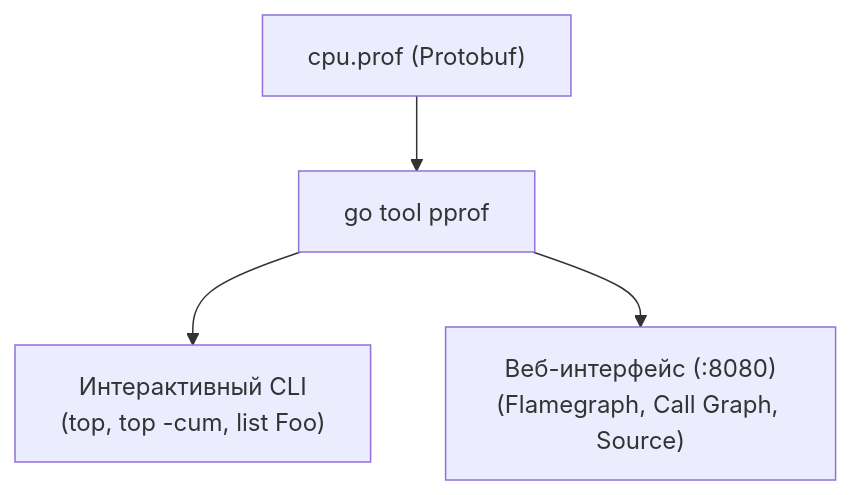
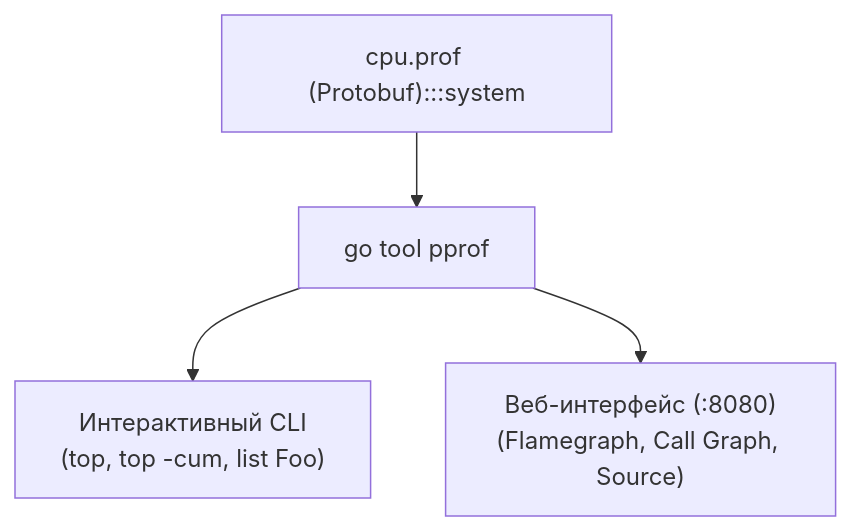
The fourth of 5 diagrams in sources/16. Профилирование, отладка и производительность/03. CPU profiling/1. pprof. Введение.md (UnrealTemplier/go-textbook), drawn with Mermaid before and after one commit. The commit also changed other lines of this file and 1666 other files, not shown here.

First line of the commit message:
feat(mermaid): add semantic color classDef to 1369 colorless flowchart/graph diagrams

````diff
--- a/sources/16. Профилирование, отладка и производительность/03. CPU profiling/1. pprof. Введение.md
+++ b/sources/16. Профилирование, отладка и производительность/03. CPU profiling/1. pprof. Введение.md
@@ -304,6 +324,16 @@
 ```mermaid
 flowchart TD
-    RawProf["cpu.prof (Protobuf)"] --> Tool["go tool pprof"]
+    classDef process  fill:#1e293b,stroke:#38bdf8,stroke-width:1px,color:#f8fafc
+    classDef success  fill:#064e3b,stroke:#34d399,stroke-width:1px,color:#f8fafc
+    classDef error    fill:#7f1d1d,stroke:#f87171,stroke-width:1px,color:#f8fafc
+    classDef warning  fill:#78350f,stroke:#fbbf24,stroke-width:1px,color:#f8fafc
+    classDef entry    fill:#1e3a5f,stroke:#38bdf8,stroke-width:2px,color:#f8fafc
+    classDef aux      fill:#334155,stroke:#64748b,stroke-width:1px,color:#f8fafc
+    classDef system   fill:#312e81,stroke:#a78bfa,stroke-width:1px,color:#f8fafc
+    classDef data     fill:#132d29,stroke:#2dd4bf,stroke-width:1px,color:#f8fafc
+    classDef network  fill:#881337,stroke:#fb7185,stroke-width:1px,color:#f8fafc
+    classDef accent   fill:#1e1b4b,stroke:#818cf8,stroke-width:1px,color:#f8fafc
+    RawProf["cpu.prof (Protobuf):::system"] --> Tool["go tool pprof"]
     Tool --> InteractiveCLI["Интерактивный CLI<br>(top, top -cum, list Foo)"]
     Tool --> WebUI["Веб-интерфейс (:8080)<br>(Flamegraph, Call Graph, Source)"]
 ```
````
